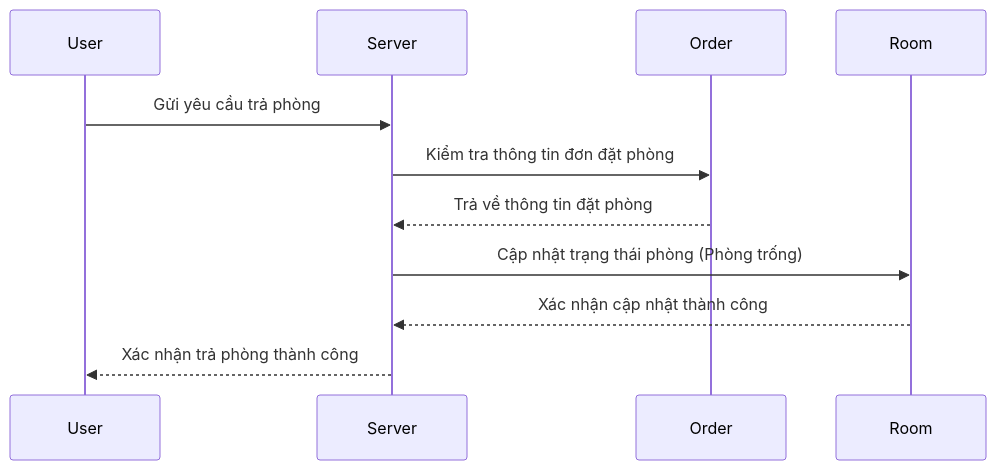
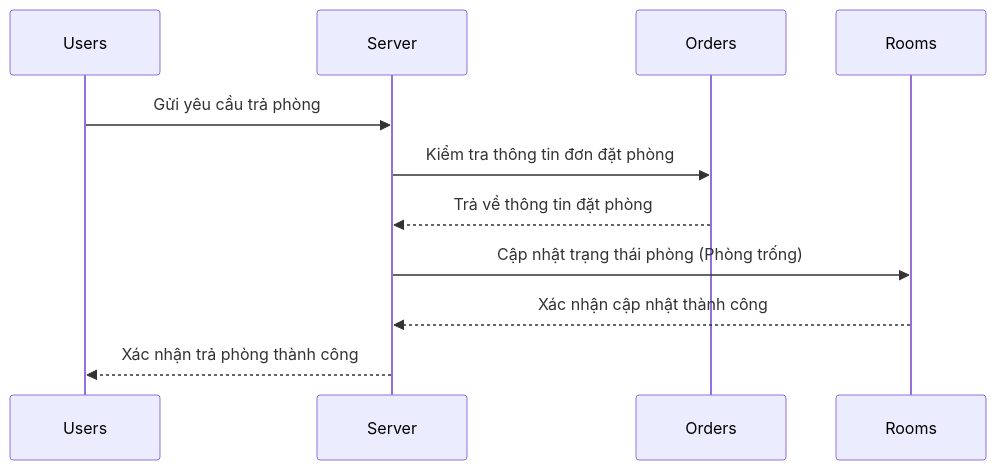
One commit to LeDucLong123/laravel_1 changed the second of 2 diagrams in README.md. Above: the diagram before and after it, drawn with Mermaid. The commit also changed other lines of this file, not shown here.

Commit message:
Sequence Diagram

````diff
--- a/README.md
+++ b/README.md
@@ -101,9 +101,9 @@
 ```mermaid
 sequenceDiagram
-    User->>Server: Gửi yêu cầu trả phòng
-    Server->>Order: Kiểm tra thông tin đơn đặt phòng
-    Order-->>Server: Trả về thông tin đặt phòng
-    Server->>Room: Cập nhật trạng thái phòng (Phòng trống)
-    Room-->>Server: Xác nhận cập nhật thành công
-    Server-->>User: Xác nhận trả phòng thành công
+    Users->>Server: Gửi yêu cầu trả phòng
+    Server->>Orders: Kiểm tra thông tin đơn đặt phòng
+    Orders-->>Server: Trả về thông tin đặt phòng
+    Server->>Rooms: Cập nhật trạng thái phòng (Phòng trống)
+    Rooms-->>Server: Xác nhận cập nhật thành công
+    Server-->>Users: Xác nhận trả phòng thành công
 ```
````
